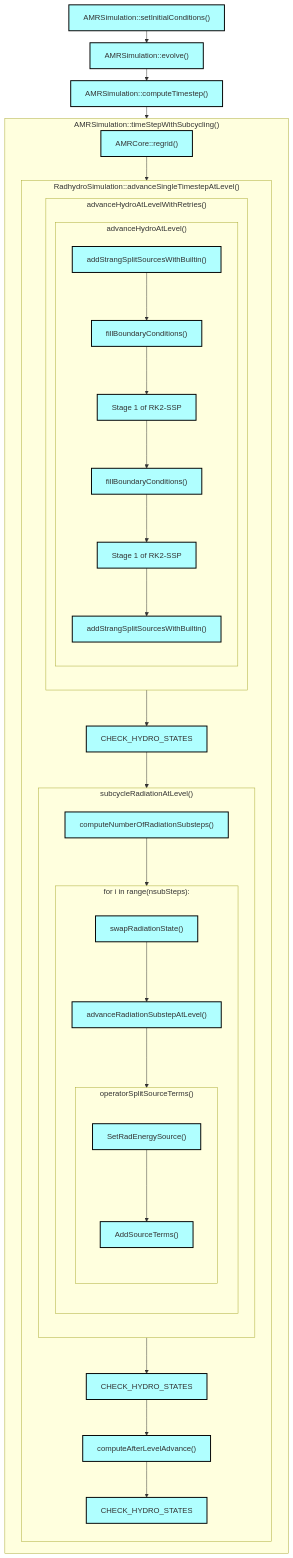
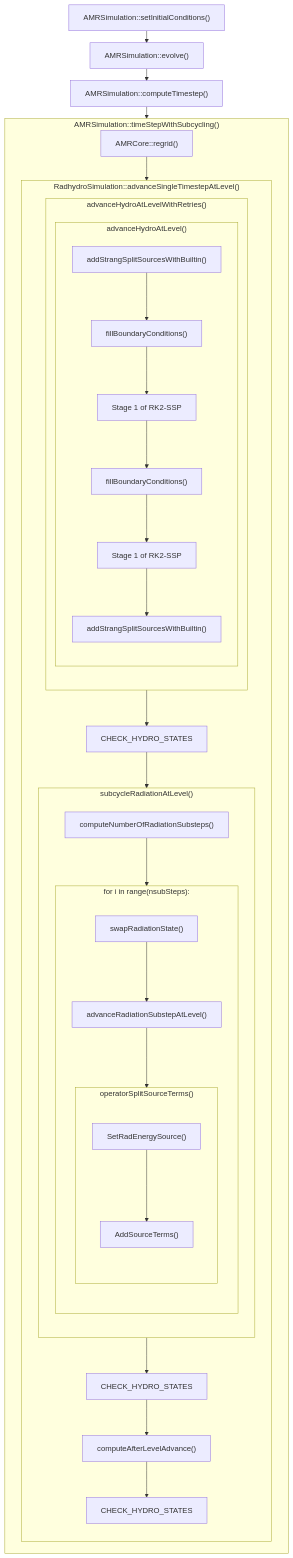
One commit to quokka-astro/quokka changed the diagram in docs/docs/flowchart.md. Above: the diagram before and after it, drawn with Mermaid.

Commit message:
change style

```diff
--- a/docs/docs/flowchart.md
+++ b/docs/docs/flowchart.md
@@ -10,13 +10,10 @@
 }}%%
 
 flowchart TB
-    %% Define styles
-    classDef lightBlue fill:#B0FFFF,stroke:#000,stroke-width:2px
-    
     %% Main flow
-    A["AMRSimulation::setInitialConditions()"]:::lightBlue
-    B["AMRSimulation::evolve()"]:::lightBlue
-    C["AMRSimulation::computeTimestep()"]:::lightBlue
+    A["AMRSimulation::setInitialConditions()"]
+    B["AMRSimulation::evolve()"]
+    C["AMRSimulation::computeTimestep()"]
     
     %% Create the flow
     A --> B --> C
@@ -24,7 +21,7 @@
     %% Main timeStep subgraph
     subgraph timeStep ["AMRSimulation::timeStepWithSubcycling()"]
         direction TB
-        D["AMRCore::regrid()"]:::lightBlue
+        D["AMRCore::regrid()"]
         
         %% advanceSingleTimestep subgraph
         subgraph advanceSingle ["RadhydroSimulation::advanceSingleTimestepAtLevel()"]
@@ -36,33 +33,33 @@
                 
                 subgraph innerAdvance ["advanceHydroAtLevel()"]
                     direction TB
-                    H1["addStrangSplitSourcesWithBuiltin()"]:::lightBlue
-                    H2["fillBoundaryConditions()"]:::lightBlue
-                    H3["Stage 1 of RK2-SSP"]:::lightBlue
-                    H4["fillBoundaryConditions()"]:::lightBlue
-                    H5["Stage 1 of RK2-SSP"]:::lightBlue
-                    H6["addStrangSplitSourcesWithBuiltin()"]:::lightBlue
+                    H1["addStrangSplitSourcesWithBuiltin()"]
+                    H2["fillBoundaryConditions()"]
+                    H3["Stage 1 of RK2-SSP"]
+                    H4["fillBoundaryConditions()"]
+                    H5["Stage 1 of RK2-SSP"]
+                    H6["addStrangSplitSourcesWithBuiltin()"]
                     
                     H1 --> H2 --> H3 --> H4 --> H5 --> H6
                 end
             end
             
-            E["CHECK_HYDRO_STATES"]:::lightBlue
+            E["CHECK_HYDRO_STATES"]
             
             %% Subcycle radiation subgraph
             subgraph subcycle ["subcycleRadiationAtLevel()"]
                 direction TB
-                F1["computeNumberOfRadiationSubsteps()"]:::lightBlue
+                F1["computeNumberOfRadiationSubsteps()"]
                 
                 subgraph forLoop ["for i in range(nsubSteps):"]
                     direction TB
-                    G1["swapRadiationState()"]:::lightBlue
-                    G2["advanceRadiationSubstepAtLevel()"]:::lightBlue
+                    G1["swapRadiationState()"]
+                    G2["advanceRadiationSubstepAtLevel()"]
                     
                     subgraph operator ["operatorSplitSourceTerms()"]
                         direction TB
-                        K1["SetRadEnergySource()"]:::lightBlue
-                        K2["AddSourceTerms()"]:::lightBlue
+                        K1["SetRadEnergySource()"]
+                        K2["AddSourceTerms()"]
                         
                         K1 --> K2
                     end
@@ -73,9 +70,9 @@
                 F1 --> forLoop
             end
             
-            I["CHECK_HYDRO_STATES"]:::lightBlue
-            J["computeAfterLevelAdvance()"]:::lightBlue
-            K["CHECK_HYDRO_STATES"]:::lightBlue
+            I["CHECK_HYDRO_STATES"]
+            J["computeAfterLevelAdvance()"]
+            K["CHECK_HYDRO_STATES"]
             
             advanceHydro --> E --> subcycle --> I --> J --> K
         end
```
